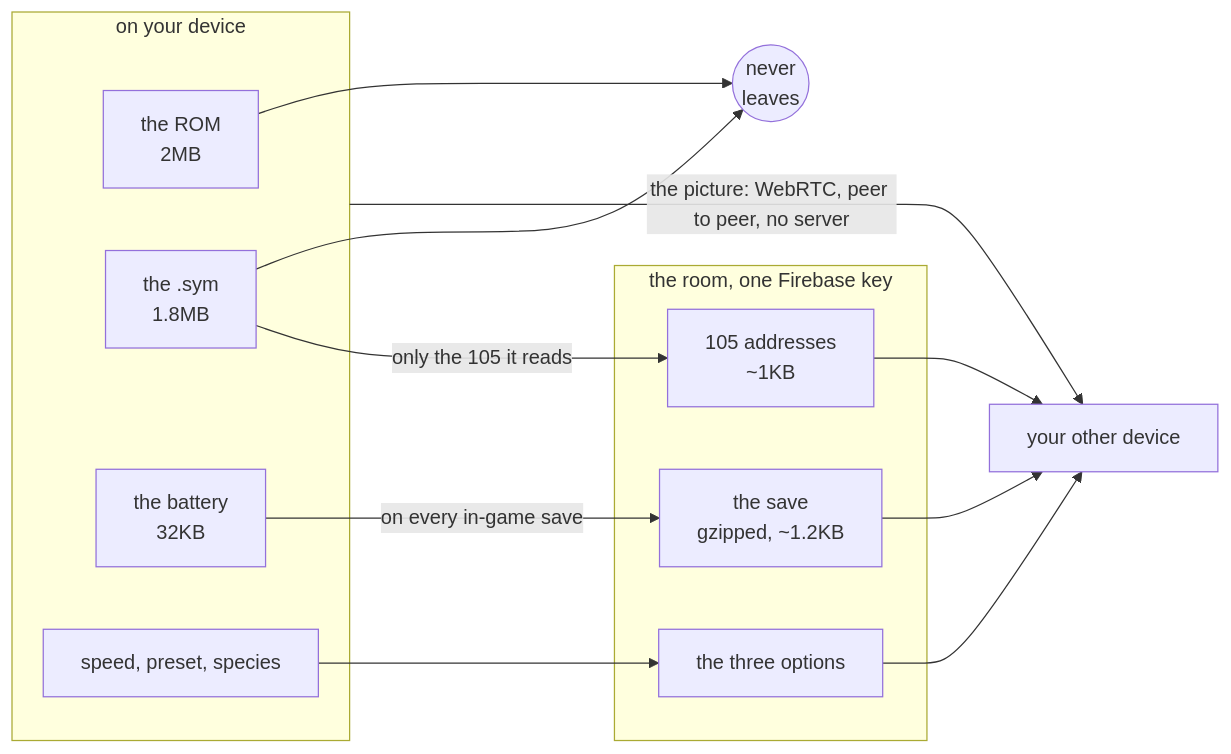
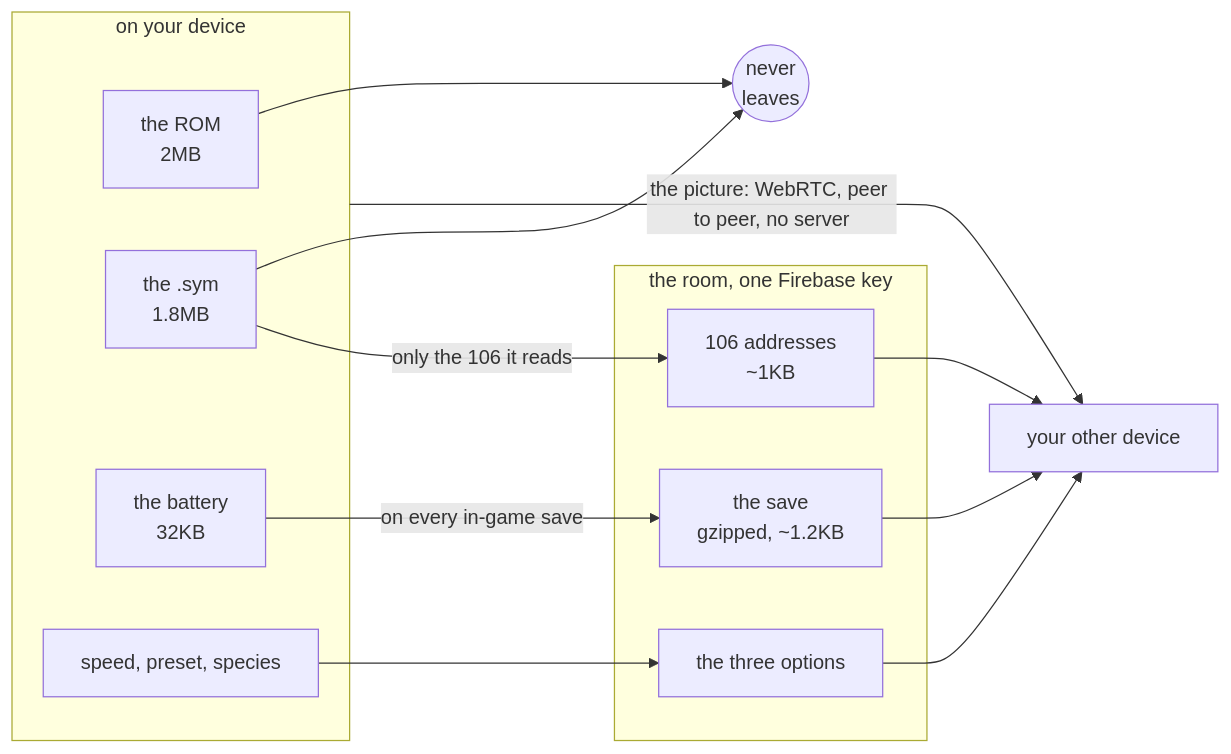
Before and after one commit to minormending/crystal-pilot-mobile: the second of 2 diagrams in docs/DEVICES.md, drawn with Mermaid. The commit also changed other lines of this file and 10 other files, not shown here.

````diff
--- a/docs/DEVICES.md
+++ b/docs/DEVICES.md
@@ -328,25 +328,25 @@
 ```mermaid
 flowchart LR
     subgraph D["on your device"]
         ROM["the ROM<br/>2MB"]
         SYM["the .sym<br/>1.8MB"]
         SAVE["the battery<br/>32KB"]
         OPT["speed, preset, species"]
     end
     STOP(("never<br/>leaves"))
     subgraph R["the room, one Firebase key"]
-        A["105 addresses<br/>~1KB"]
+        A["106 addresses<br/>~1KB"]
         S["the save<br/>gzipped, ~1.2KB"]
         O["the three options"]
     end
     OTHER["your other device"]
     ROM --> STOP
     SYM --> STOP
-    SYM -->|"only the 105 it reads"| A
+    SYM -->|"only the 106 it reads"| A
     SAVE -->|"on every in-game save"| S
     OPT --> O
     A --> OTHER
     S --> OTHER
     O --> OTHER
     D -->|"the picture: WebRTC, peer to peer, no server"| OTHER
 ```
````
